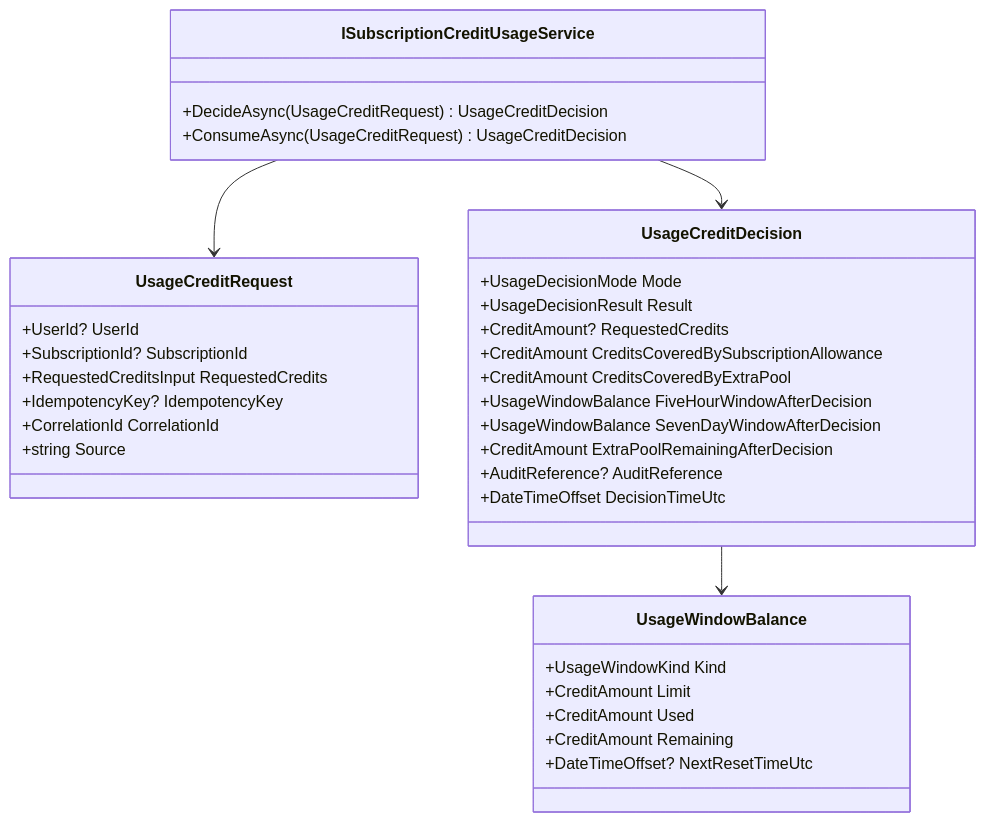
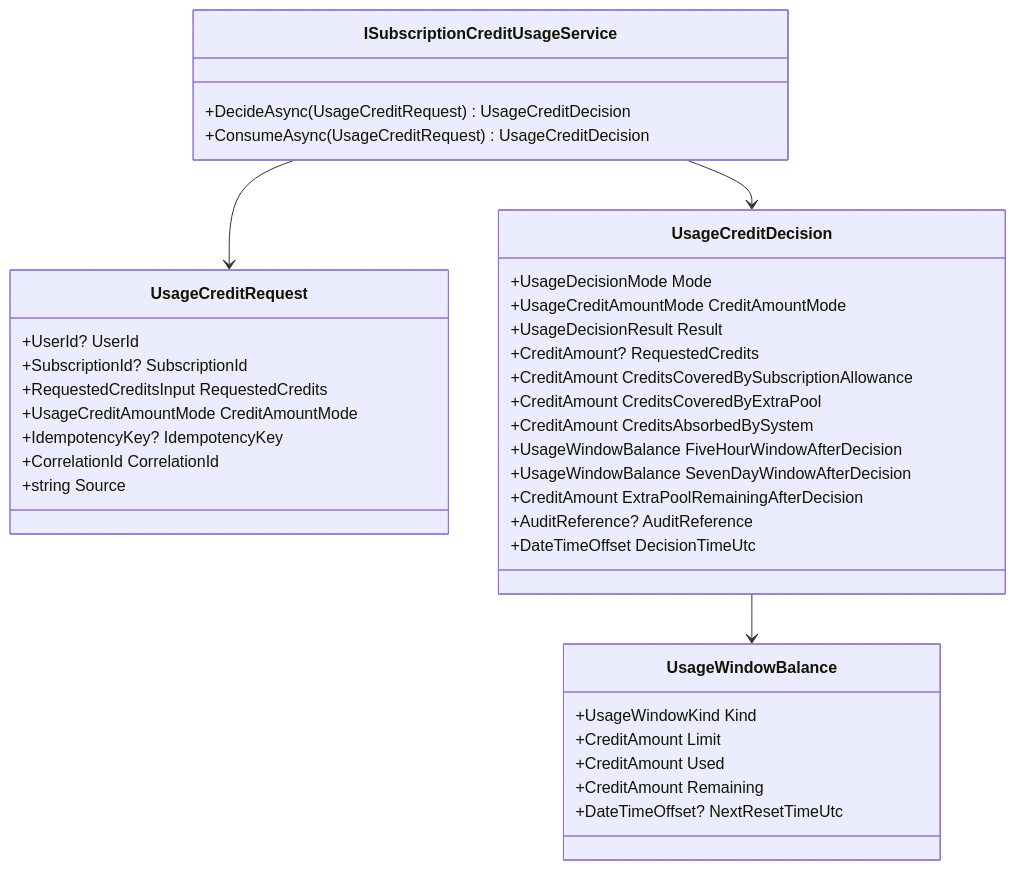
One commit to andrew0928/AndrewDemo.AgentRateLimit changed the first of 3 diagrams in docs/architecture/subscription-credit-abstract-design.md. Above: the diagram before and after it, drawn with Mermaid. The commit also changed other lines of this file and 13 other files, not shown here.

````diff
--- a/docs/architecture/subscription-credit-abstract-design.md
+++ b/docs/architecture/subscription-credit-abstract-design.md
@@ -244,41 +304,44 @@
 ```mermaid
 classDiagram
     class ISubscriptionCreditUsageService {
         +DecideAsync(UsageCreditRequest) UsageCreditDecision
         +ConsumeAsync(UsageCreditRequest) UsageCreditDecision
     }
 
     class UsageCreditRequest {
         +UserId? UserId
         +SubscriptionId? SubscriptionId
         +RequestedCreditsInput RequestedCredits
+        +UsageCreditAmountMode CreditAmountMode
         +IdempotencyKey? IdempotencyKey
         +CorrelationId CorrelationId
         +string Source
     }
 
     class UsageCreditDecision {
         +UsageDecisionMode Mode
+        +UsageCreditAmountMode CreditAmountMode
         +UsageDecisionResult Result
         +CreditAmount? RequestedCredits
         +CreditAmount CreditsCoveredBySubscriptionAllowance
         +CreditAmount CreditsCoveredByExtraPool
+        +CreditAmount CreditsAbsorbedBySystem
         +UsageWindowBalance FiveHourWindowAfterDecision
         +UsageWindowBalance SevenDayWindowAfterDecision
         +CreditAmount ExtraPoolRemainingAfterDecision
         +AuditReference? AuditReference
         +DateTimeOffset DecisionTimeUtc
     }
 
     class UsageWindowBalance {
         +UsageWindowKind Kind
         +CreditAmount Limit
         +CreditAmount Used
         +CreditAmount Remaining
         +DateTimeOffset? NextResetTimeUtc
     }
 
     ISubscriptionCreditUsageService --> UsageCreditRequest
     ISubscriptionCreditUsageService --> UsageCreditDecision
     UsageCreditDecision --> UsageWindowBalance
 ```
````
